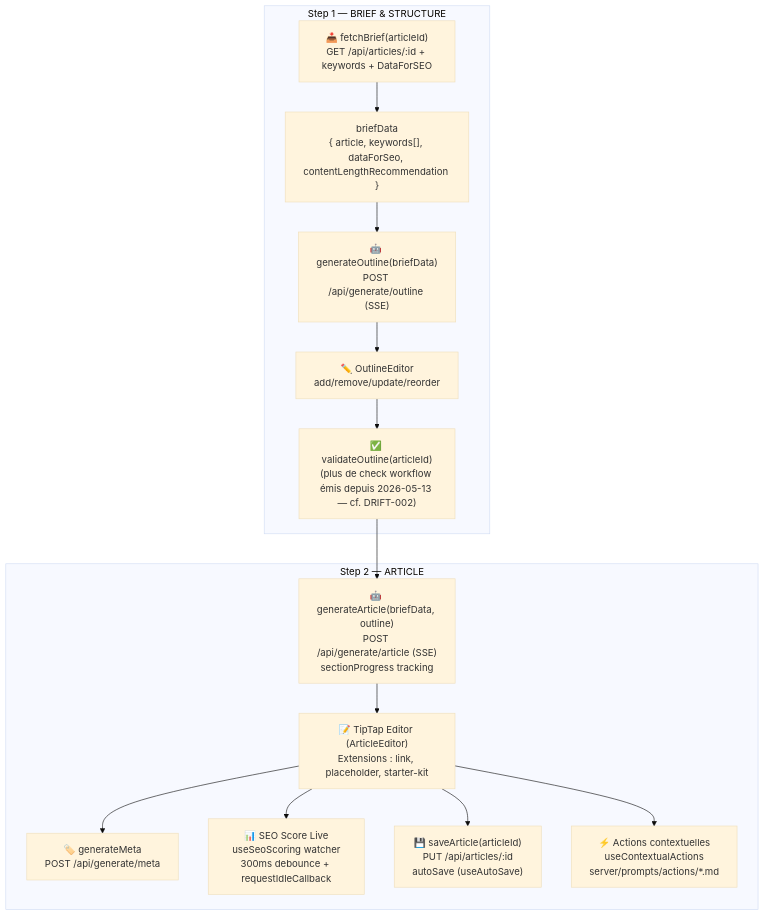
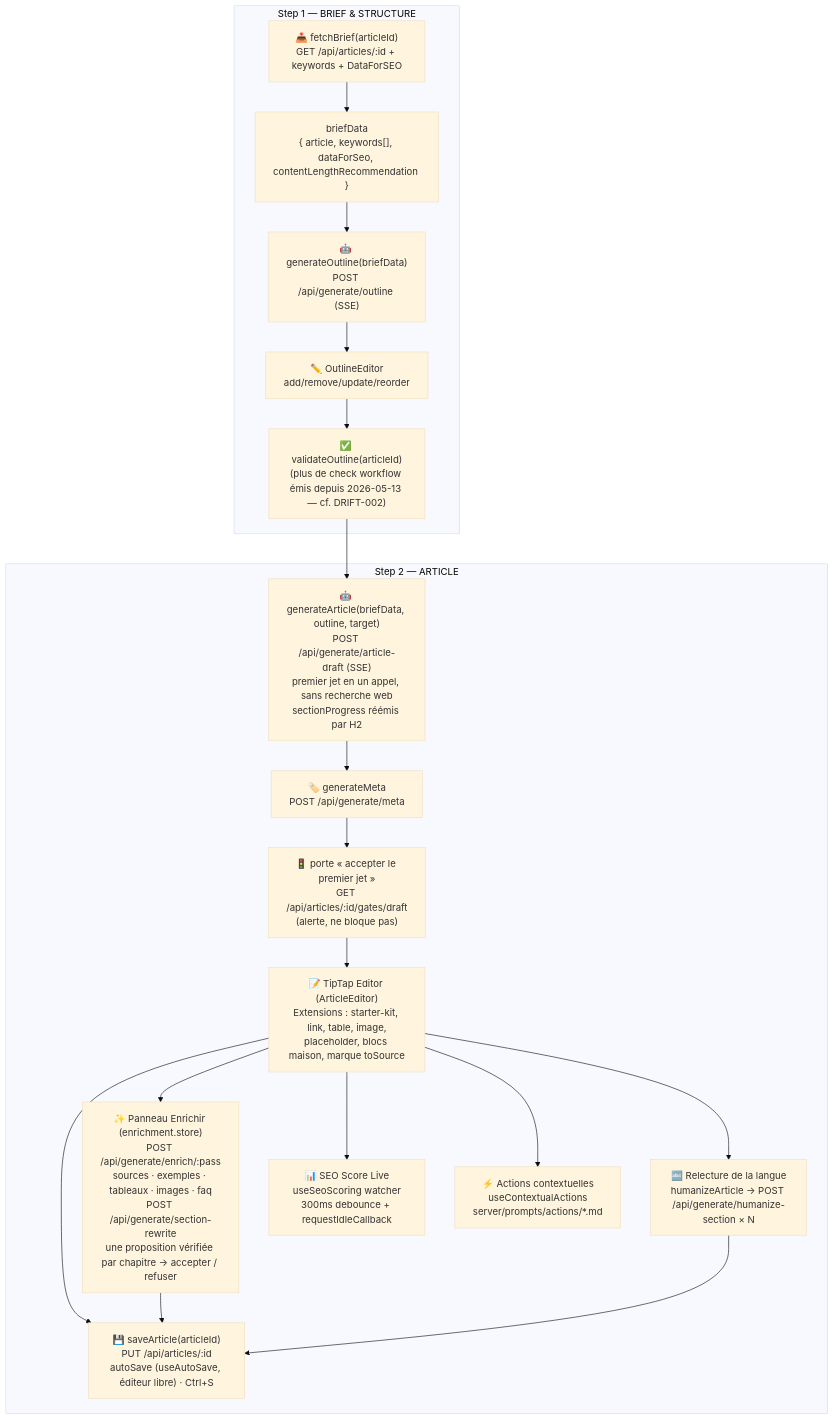
Diagram 14 of 25 in docs/ARCHITECTURE_FLOWS.md (annubis-knight/Blog_Redactor_SEO), drawn with Mermaid (base theme) before and after one commit. The commit also changed other lines of this file and 11 other files, not shown here.

````diff
--- a/docs/ARCHITECTURE_FLOWS.md
+++ b/docs/ARCHITECTURE_FLOWS.md
@@ -627,31 +642,37 @@
 ```mermaid
 graph TB
     subgraph Step1["Step 1 — BRIEF & STRUCTURE"]
         FETCH["📥 fetchBrief(articleId)<br>GET /api/articles/:id + keywords + DataForSEO"]
         BRIEF_DATA["briefData<br>{ article, keywords[], dataForSeo, contentLengthRecommendation }"]
         GEN_OUTLINE["🤖 generateOutline(briefData)<br>POST /api/generate/outline (SSE)"]
         EDIT_OUTLINE["✏️ OutlineEditor<br>add/remove/update/reorder"]
         VALIDATE["✅ validateOutline(articleId)<br>(plus de check workflow émis depuis 2026-05-13 — cf. DRIFT-002)"]
 
         FETCH --> BRIEF_DATA --> GEN_OUTLINE --> EDIT_OUTLINE --> VALIDATE
     end
 
     subgraph Step2["Step 2 — ARTICLE"]
-        GEN_ARTICLE["🤖 generateArticle(briefData, outline)<br>POST /api/generate/article (SSE)<br>sectionProgress tracking"]
-        EDITOR["📝 TipTap Editor (ArticleEditor)<br>Extensions : link, placeholder, starter-kit"]
+        GEN_ARTICLE["🤖 generateArticle(briefData, outline, target)<br>POST /api/generate/article-draft (SSE)<br>premier jet en un appel, sans recherche web<br>sectionProgress réémis par H2"]
+        GATE_DRAFT["🚦 porte « accepter le premier jet »<br>GET /api/articles/:id/gates/draft<br>(alerte, ne bloque pas)"]
+        EDITOR["📝 TipTap Editor (ArticleEditor)<br>Extensions : starter-kit, link, table, image,<br>placeholder, blocs maison, marque toSource"]
         GEN_META["🏷️ generateMeta<br>POST /api/generate/meta"]
+        ENRICH["✨ Panneau Enrichir (enrichment.store)<br>POST /api/generate/enrich/:pass<br>sources · exemples · tableaux · images · faq<br>POST /api/generate/section-rewrite<br>une proposition vérifiée par chapitre → accepter / refuser"]
+        LANG["🔤 Relecture de la langue<br>humanizeArticle → POST /api/generate/humanize-section × N"]
         SEO_LIVE["📊 SEO Score Live<br>useSeoScoring watcher<br>300ms debounce + requestIdleCallback"]
-        SAVE_ART["💾 saveArticle(articleId)<br>PUT /api/articles/:id<br>autoSave (useAutoSave)"]
+        SAVE_ART["💾 saveArticle(articleId)<br>PUT /api/articles/:id<br>autoSave (useAutoSave, éditeur libre) · Ctrl+S"]
         ACTIONS["⚡ Actions contextuelles<br>useContextualActions<br>server/prompts/actions/*.md"]
 
-        GEN_ARTICLE --> EDITOR
-        EDITOR --> GEN_META
+        GEN_ARTICLE --> GEN_META --> GATE_DRAFT --> EDITOR
+        EDITOR --> ENRICH
+        EDITOR --> LANG
         EDITOR --> SEO_LIVE
         EDITOR --> SAVE_ART
         EDITOR --> ACTIONS
+        ENRICH --> SAVE_ART
+        LANG --> SAVE_ART
     end
 
     VALIDATE --> GEN_ARTICLE
 
     %% Checks Rédaction retirés 2026-05-13 (cf. DRIFT-002) — la progression Rédaction est lisible directement via l'état métier (sommaire présent, contenu présent, etc.), pas via des checks workflow.
 ```
````
